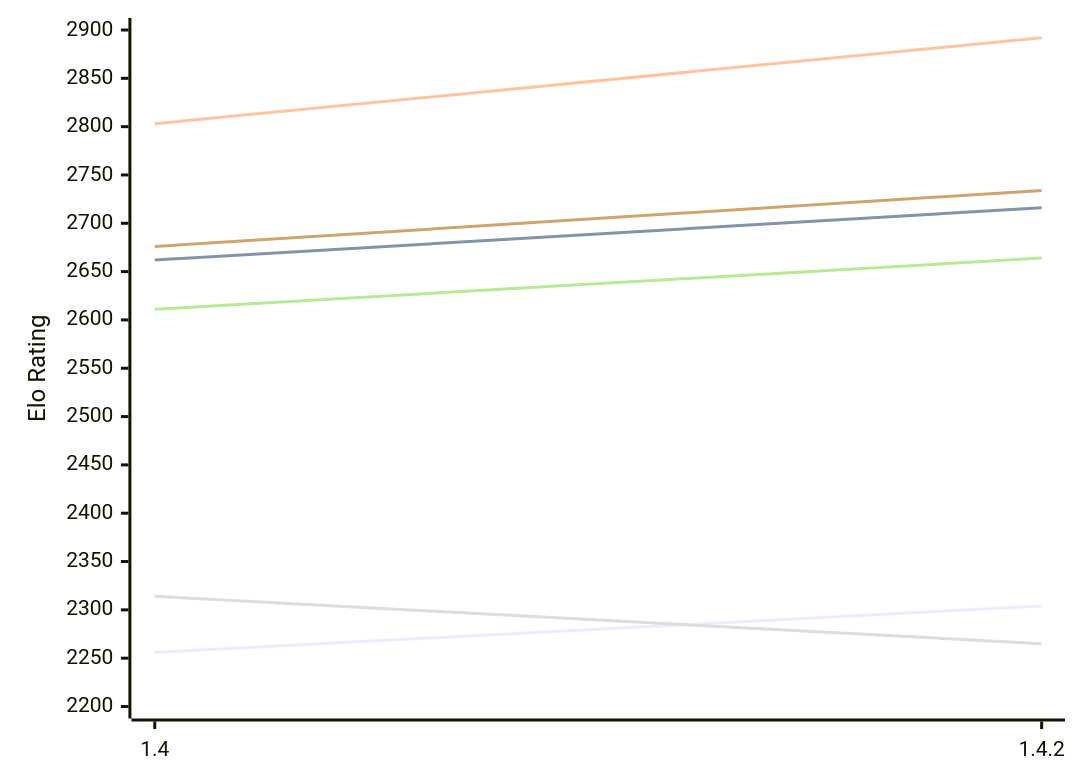
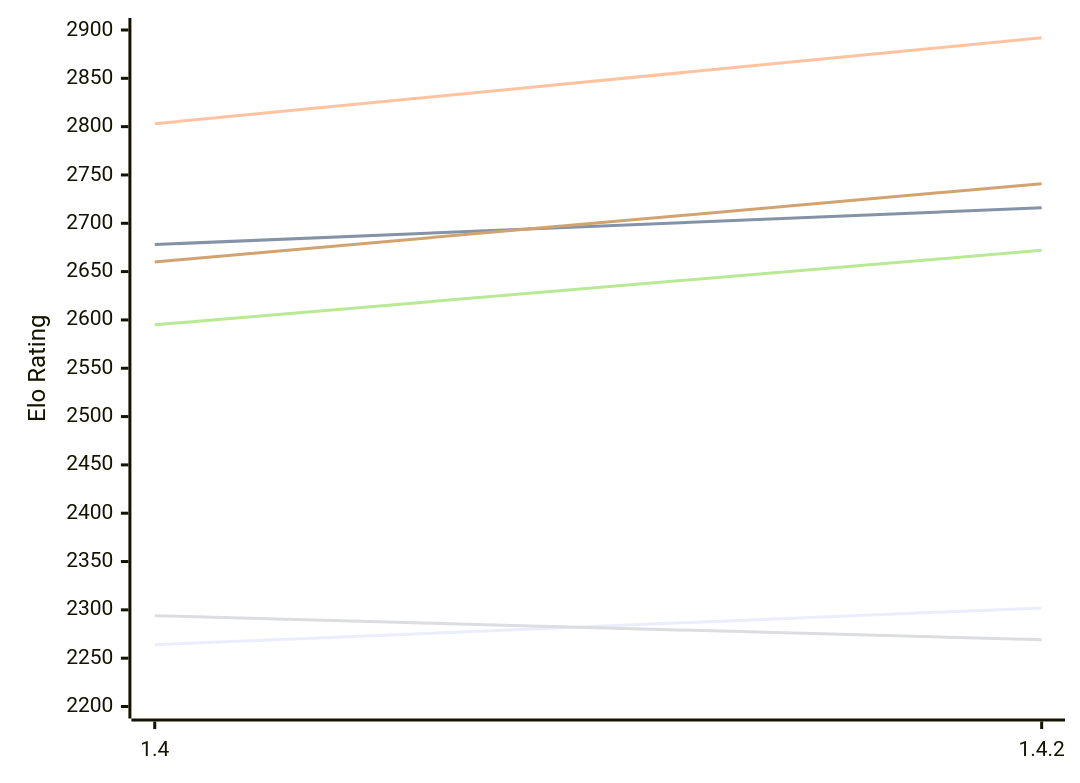
Before and after one commit to computer-chess-index/cci: the first of 2 diagrams in engines/Spike.md, drawn with Mermaid. The commit also changed other lines of this file, not shown here.

Commit message:
Update CCI Ratings (ELO VLTC) - 2026-11-17

````diff
--- a/engines/Spike.md
+++ b/engines/Spike.md
@@ -50,12 +50,12 @@
 ```mermaid
 %%{init: {"theme":"base","themeVariables":{"seriesColors:['#a3a3a3','#222221','#faa371']}}}%%
 xychart-beta
   x-axis ["1.4", "1.4.2"]
   y-axis "Elo Rating" 2200 --> 2900
-  line "E1: STC (8.0+0.08s)" [2256, 2304]
-  line "E1: LTC (60.0+0.60s)" [2662, 2716]
+  line "E1: STC (8.0+0.08s)" [2264, 2302]
+  line "E1: LTC (60.0+0.60s)" [2678, 2716]
   line "E1: VLTC (2m24s+1.12s)" [2803, 2892]
-  line "P1: STC (8.0+0.08s)" [2314, 2265]
-  line "P1: LTC (60.0+0.60s)" [2611, 2664]
-  line "P1: VLTC (2m24s+1.12s)" [2676, 2734]
+  line "P1: STC (8.0+0.08s)" [2294, 2269]
+  line "P1: LTC (60.0+0.60s)" [2595, 2672]
+  line "P1: VLTC (2m24s+1.12s)" [2660, 2741]
 ```
````
